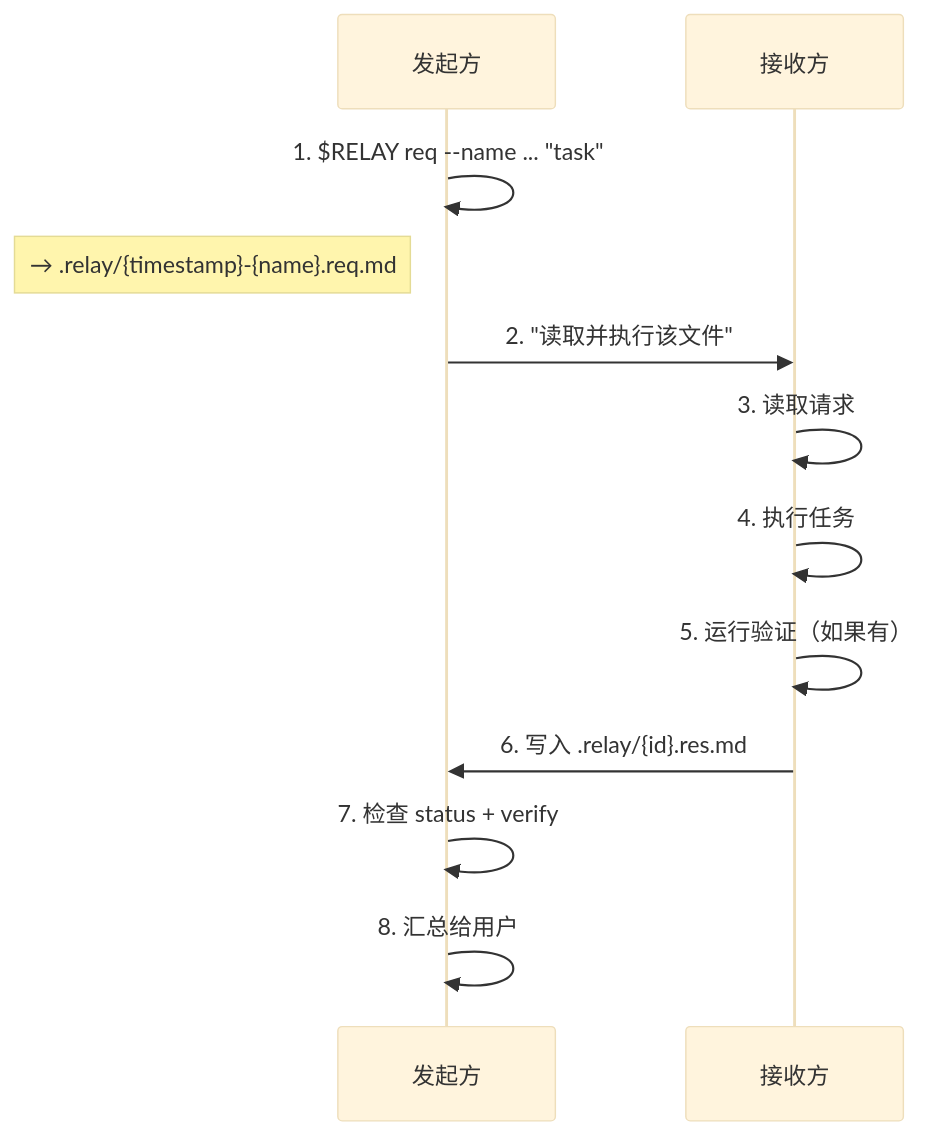
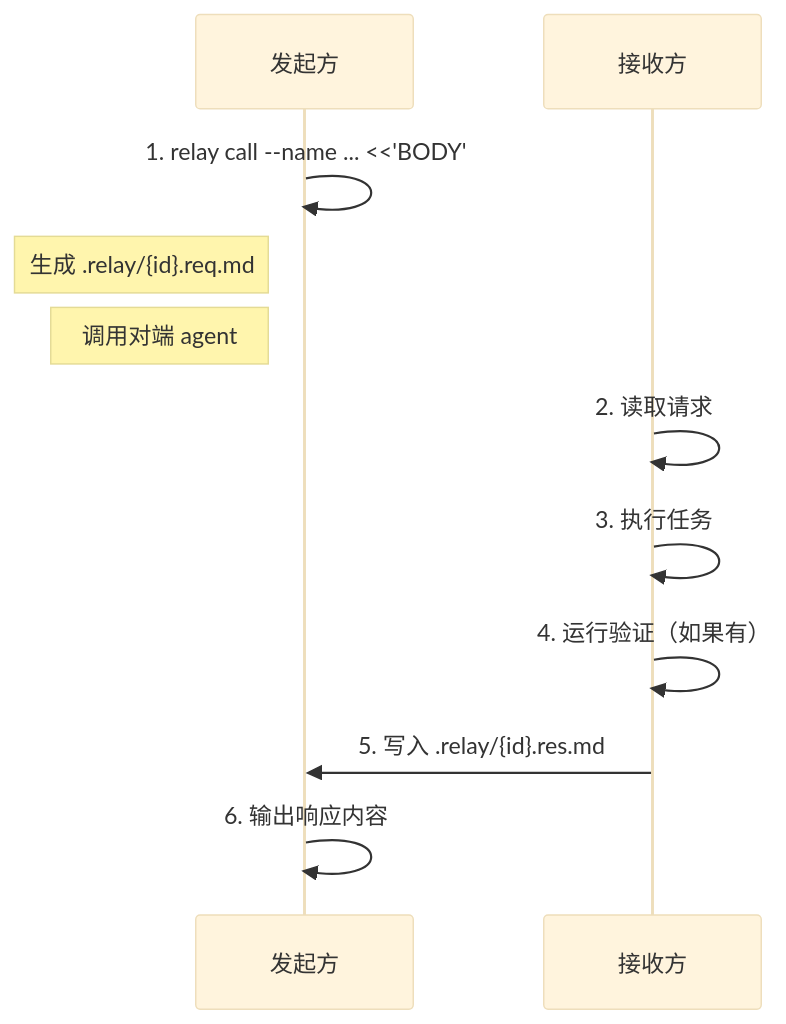
Before and after one commit to chrisliu298/relay: the diagram in README_CN.md, drawn with Mermaid (base theme). The commit also changed other lines of this file and 1 other file, not shown here.

Commit message:
Update READMEs to reflect relay call, effort frontmatter, and low-level commands

````diff
--- a/README_CN.md
+++ b/README_CN.md
@@ -74,15 +76,14 @@
 ```mermaid
 sequenceDiagram
     participant I as 发起方
     participant R as 接收方
 
-    I->>I: 1. $RELAY req --name ... "task"
-    Note left of I: → .relay/{timestamp}-{name}.req.md
-    I->>R: 2. "读取并执行该文件"
-    R->>R: 3. 读取请求
-    R->>R: 4. 执行任务
-    R->>R: 5. 运行验证（如果有）
-    R->>I: 6. 写入 .relay/{id}.res.md
-    I->>I: 7. 检查 status + verify
-    I->>I: 8. 汇总给用户
+    I->>I: 1. relay call --name ... <<'BODY'
+    Note left of I: 生成 .relay/{id}.req.md
+    Note left of I: 调用对端 agent
+    R->>R: 2. 读取请求
+    R->>R: 3. 执行任务
+    R->>R: 4. 运行验证（如果有）
+    R->>I: 5. 写入 .relay/{id}.res.md
+    I->>I: 6. 输出响应内容
 ```
````
